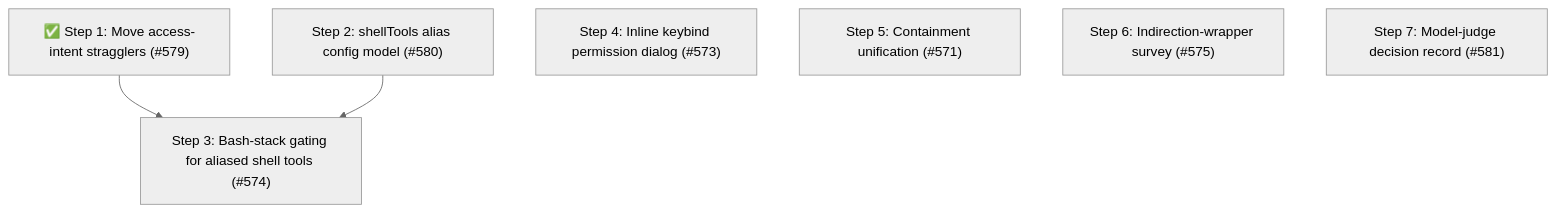
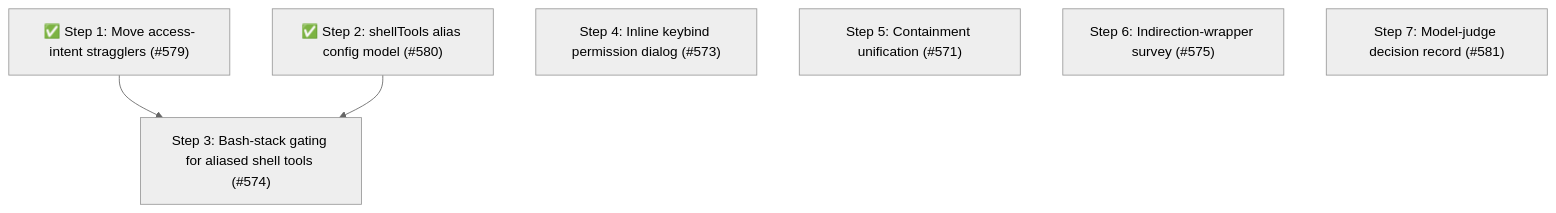
Before and after one commit to whaoa/forked-gotgenes-pi-packages: the fourth of 4 diagrams in packages/pi-permission-system/docs/architecture/architecture.md, drawn with Mermaid (neutral theme). The commit also changed other lines of this file and 3 other files, not shown here.

Commit message:
docs(pi-permission-system): document shellTools config

````diff
--- a/packages/pi-permission-system/docs/architecture/architecture.md
+++ b/packages/pi-permission-system/docs/architecture/architecture.md
@@ -984,12 +984,12 @@
 ```mermaid
 flowchart TD
     S1["✅ Step 1: Move access-intent stragglers (#579)"]
-    S2["Step 2: shellTools alias config model (#580)"]
+    S2["✅ Step 2: shellTools alias config model (#580)"]
     S3["Step 3: Bash-stack gating for aliased shell tools (#574)"]
     S4["Step 4: Inline keybind permission dialog (#573)"]
     S5["Step 5: Containment unification (#571)"]
     S6["Step 6: Indirection-wrapper survey (#575)"]
     S7["Step 7: Model-judge decision record (#581)"]
     S1 --> S3
     S2 --> S3
 ```
````
